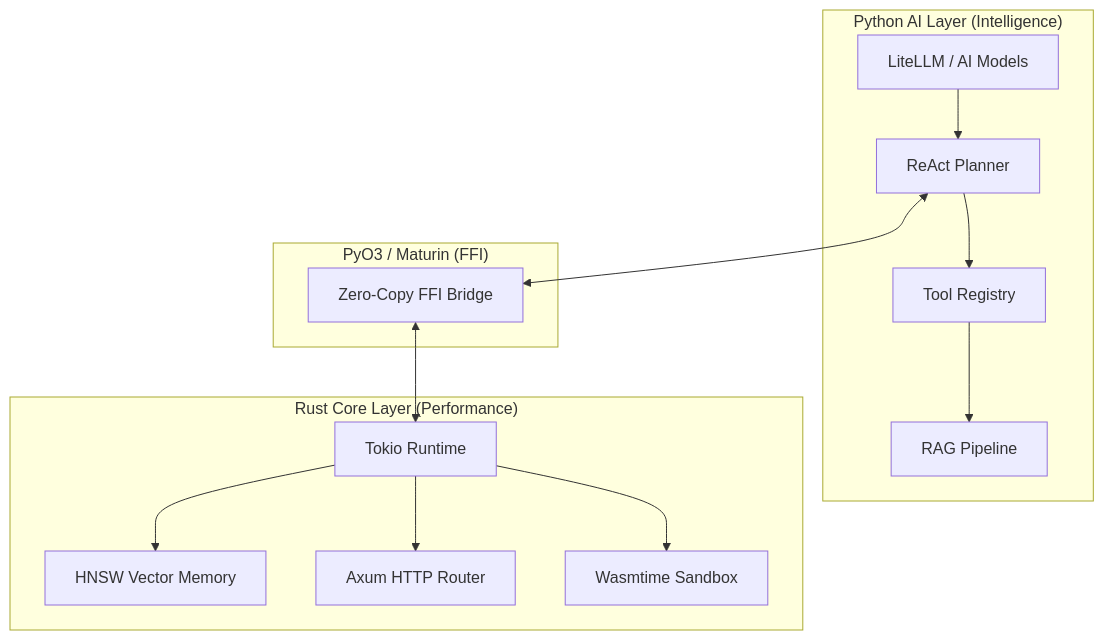
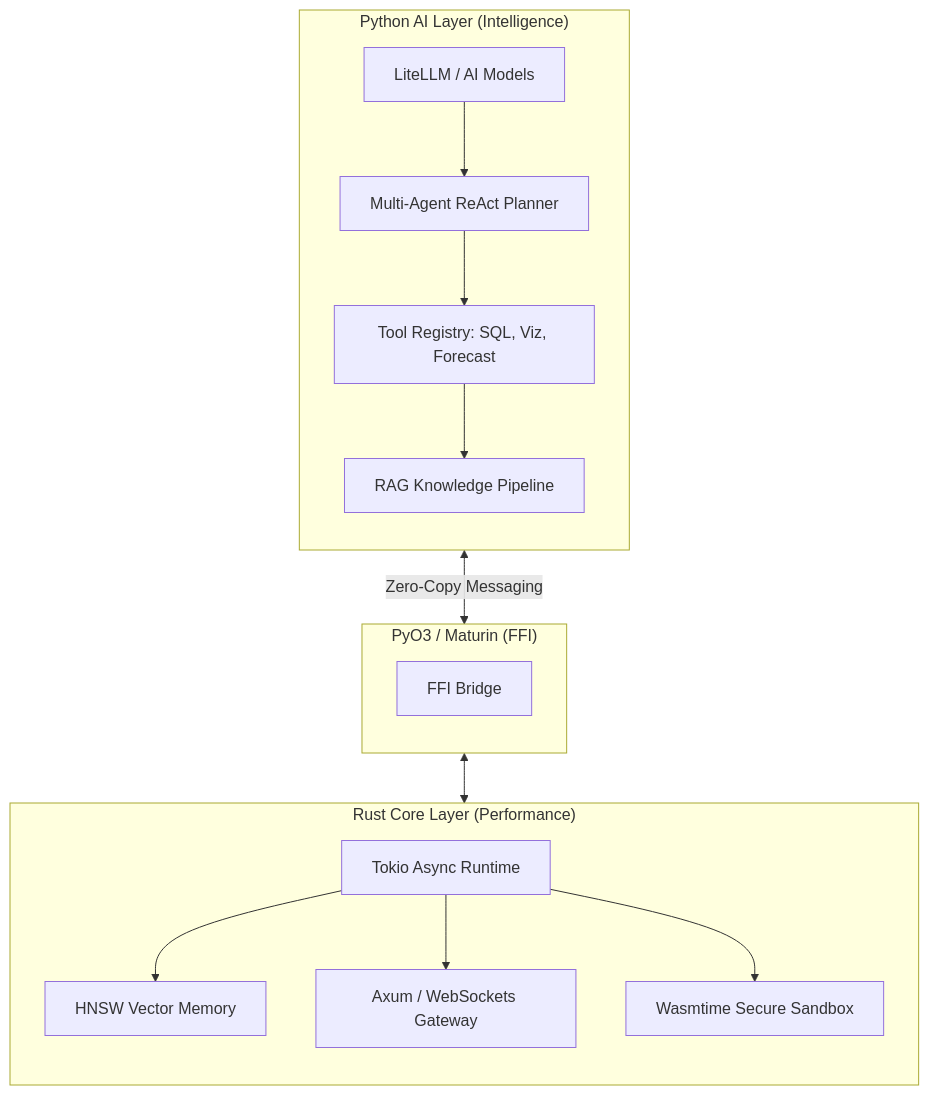
The diagram in README.md (HakimIno/seahorse), drawn with Mermaid before and after one commit. The commit also changed other lines of this file, not shown here.

````diff
--- a/README.md
+++ b/README.md
@@ -28,19 +34,22 @@
 ```mermaid
 graph TD
     subgraph Python ["Python AI Layer (Intelligence)"]
-        A[LiteLLM / AI Models] --> B[ReAct Planner]
-        B --> C[Tool Registry]
-        C --> D[RAG Pipeline]
+        direction TB
+        A[LiteLLM / AI Models] --> B[Multi-Agent ReAct Planner]
+        B --> C[Tool Registry: SQL, Viz, Forecast]
+        C --> D[RAG Knowledge Pipeline]
     end
 
     subgraph Bridge ["PyO3 / Maturin (FFI)"]
-        B <--> E["Zero-Copy FFI Bridge"]
+        direction TB
+        B <-->|Zero-Copy Messaging| E["FFI Bridge"]
     end
 
     subgraph Rust ["Rust Core Layer (Performance)"]
-        E <--> F[Tokio Runtime]
+        direction TB
+        E <--> F[Tokio Async Runtime]
         F --> G[HNSW Vector Memory]
-        F --> H[Axum HTTP Router]
-        F --> I[Wasmtime Sandbox]
+        F --> H[Axum / WebSockets Gateway]
+        F --> I[Wasmtime Secure Sandbox]
     end
 ```
````
